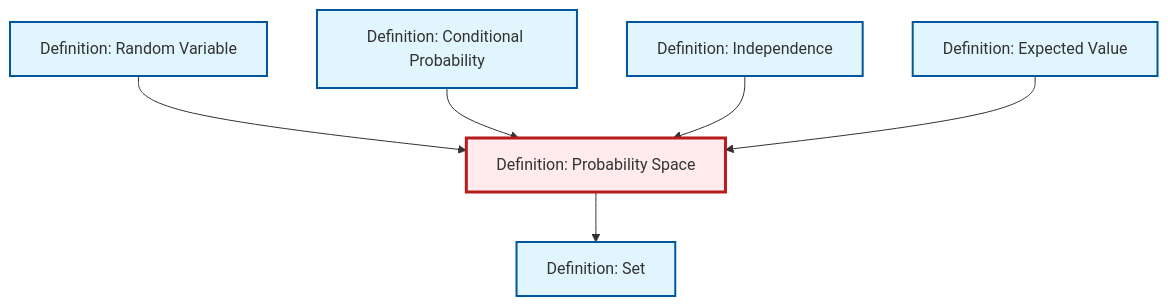
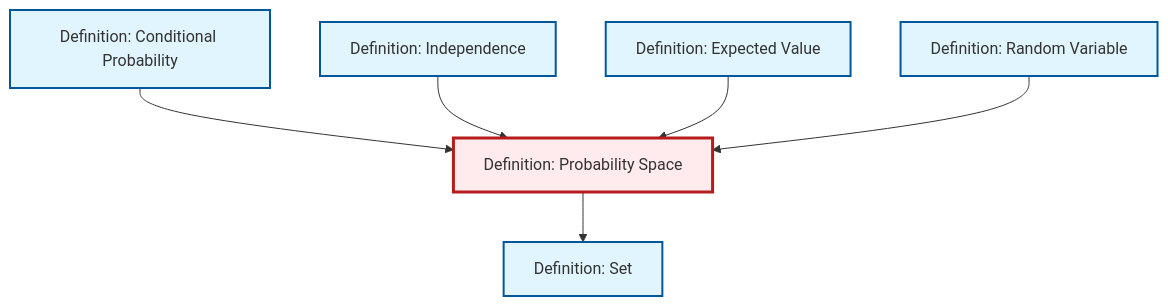
Before and after one commit to RK0429/ModernMath: the diagram in content/en/probability-statistics/def-probability-space.qmd, drawn with Mermaid. The commit also changed other lines of this file and 497 other files, not shown here.

````diff
--- a/content/en/probability-statistics/def-probability-space.qmd
+++ b/content/en/probability-statistics/def-probability-space.qmd
@@ -46,26 +46,26 @@
 ```{mermaid}
 %%| fig-cap: "Local dependency graph"
 graph TD
     classDef definition fill:#e1f5fe,stroke:#01579b,stroke-width:2px
     classDef theorem fill:#f3e5f5,stroke:#4a148c,stroke-width:2px
     classDef axiom fill:#fff3e0,stroke:#e65100,stroke-width:2px
     classDef example fill:#e8f5e9,stroke:#1b5e20,stroke-width:2px
     classDef current fill:#ffebee,stroke:#b71c1c,stroke-width:3px
+    def-random-variable["Definition: Random Variable"]:::definition
     def-conditional-probability["Definition: Conditional Probability"]:::definition
-    def-probability-space["Definition: Probability Space"]:::definition
     def-expectation["Definition: Expected Value"]:::definition
     def-set["Definition: Set"]:::definition
-    def-random-variable["Definition: Random Variable"]:::definition
     def-independence["Definition: Independence"]:::definition
-    def-random-variable --> def-probability-space
+    def-probability-space["Definition: Probability Space"]:::definition
     def-conditional-probability --> def-probability-space
-    def-probability-space --> def-set
     def-independence --> def-probability-space
     def-expectation --> def-probability-space
+    def-probability-space --> def-set
+    def-random-variable --> def-probability-space
     class def-probability-space current
+    click def-random-variable "def-random-variable.html" "Go to Random Variable definition"
     click def-conditional-probability "def-conditional-probability.html" "Go to Conditional Probability definition"
     click def-expectation "def-expectation.html" "Go to Expected Value definition"
     click def-set "def-set.html" "Go to Set definition"
-    click def-random-variable "def-random-variable.html" "Go to Random Variable definition"
     click def-independence "def-independence.html" "Go to Independence definition"
 ```
````
